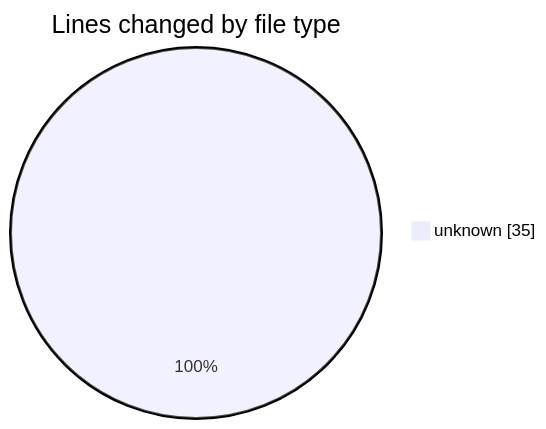
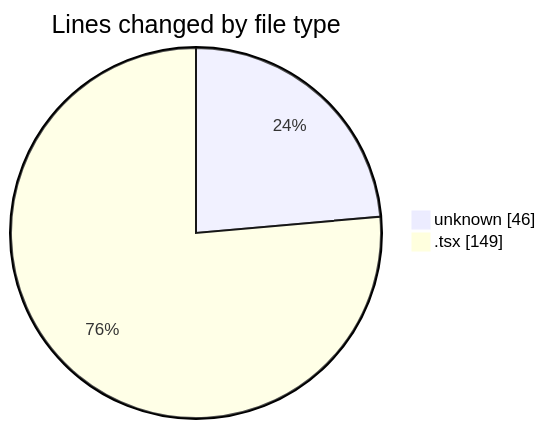
The first of 2 diagrams in 2025-07-13/archive-pg-web/README.md (JenPaints/code-tracking), drawn with Mermaid before and after one commit. The commit also changed other lines of this file and 1 other file, not shown here.

````diff
--- a/2025-07-13/archive-pg-web/README.md
+++ b/2025-07-13/archive-pg-web/README.md
@@ -20,5 +22,6 @@
 ```mermaid
 pie showData
 title Lines changed by file type
-"unknown" : 35
+"unknown" : 46
+".tsx" : 149
 ```
````
